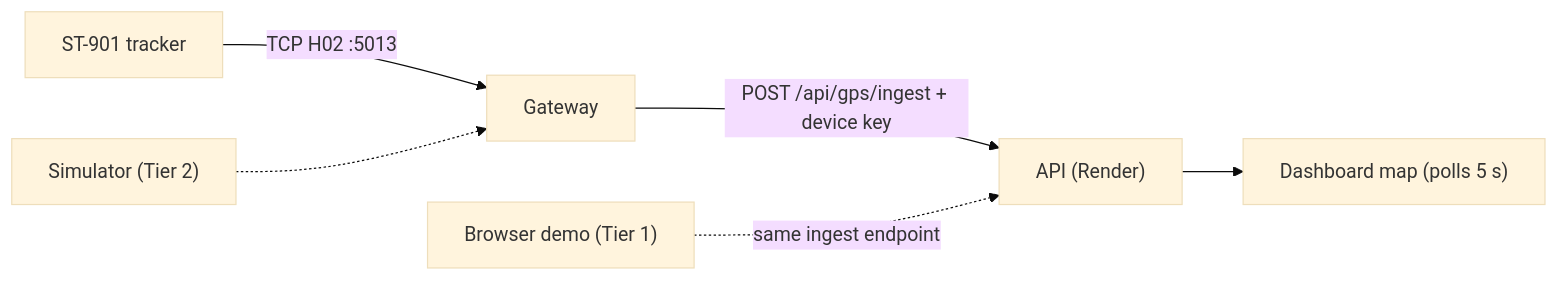
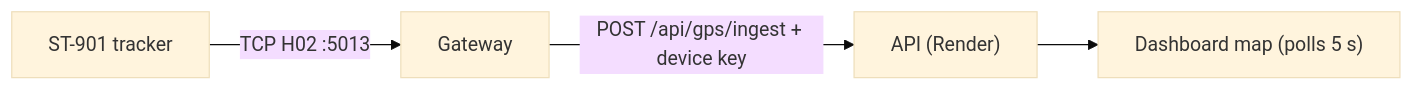
The diagram in docs/gps-deployment.md (Code-Box-Studios/motorpool-management-system-web), drawn with Mermaid (base theme) before and after one commit. The commit also changed other lines of this file and 23 other files, not shown here.

````diff
--- a/docs/gps-deployment.md
+++ b/docs/gps-deployment.md
@@ -11,8 +10,6 @@
 ```mermaid
 flowchart LR
   T["ST-901 tracker"] -->|"TCP H02 :5013"| G["Gateway"]
-  S["Simulator (Tier 2)"] -.-> G
   G -->|"POST /api/gps/ingest + device key"| A["API (Render)"]
-  B["Browser demo (Tier 1)"] -.->|same ingest endpoint| A
   A --> M["Dashboard map (polls 5 s)"]
 ```
````
